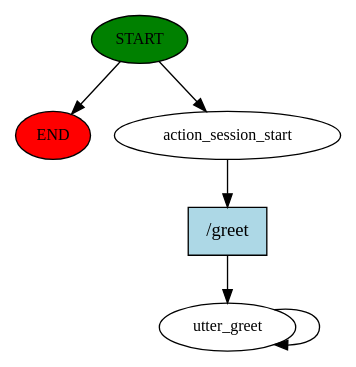
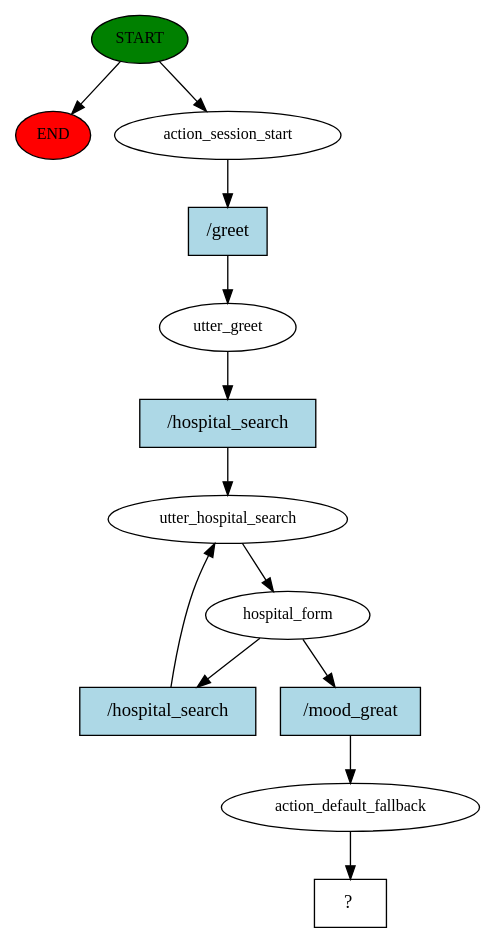
The diagram in story_graph.dot (zhien100/vicinity), drawn with Graphviz before and after one commit. The commit also changed 308 other files, not shown here.

```diff
--- a/story_graph.dot
+++ b/story_graph.dot
@@ -1,12 +1,26 @@
 digraph  {
 0 [class="start active", fillcolor=green, fontsize=12, label=START, style=filled];
 "-1" [class=end, fillcolor=red, fontsize=12, label=END, style=filled];
 1 [class=active, fontsize=12, label=action_session_start];
-2 [class="active dashed", fontsize=12, label=utter_greet];
-4 [class="intent active", fillcolor=lightblue, label="/greet", shape=rect, style=filled];
+2 [class=active, fontsize=12, label=utter_greet];
+3 [class=active, fontsize=12, label=utter_hospital_search];
+4 [class=active, fontsize=12, label=hospital_form];
+7 [class=active, fontsize=12, label=action_default_fallback];
+8 [class="intent dashed active", label="  ?  ", shape=rect];
+9 [class="intent active", fillcolor=lightblue, label="/greet", shape=rect, style=filled];
+10 [class="intent active", fillcolor=lightblue, label="/hospital_search", shape=rect, style=filled];
+11 [class="intent active", fillcolor=lightblue, label="/hospital_search", shape=rect, style=filled];
+12 [class="intent active", fillcolor=lightblue, label="/mood_great", shape=rect, style=filled];
 0 -> "-1"  [class="", key=NONE, label=""];
 0 -> 1  [class=active, key=NONE, label=""];
-1 -> 4  [class=active, key=0];
-2 -> 2  [class=active, key=NONE, label=""];
-4 -> 2  [class=active, key=0];
+1 -> 9  [class=active, key=0];
+2 -> 10  [class=active, key=0];
+3 -> 4  [class=active, key=NONE, label=""];
+4 -> 11  [class=active, key=0];
+4 -> 12  [class=active, key=0];
+7 -> 8  [class=active, key=NONE, label=""];
+9 -> 2  [class=active, key=0];
+10 -> 3  [class=active, key=0];
+11 -> 3  [class=active, key=0];
+12 -> 7  [class=active, key=0];
 }
```
